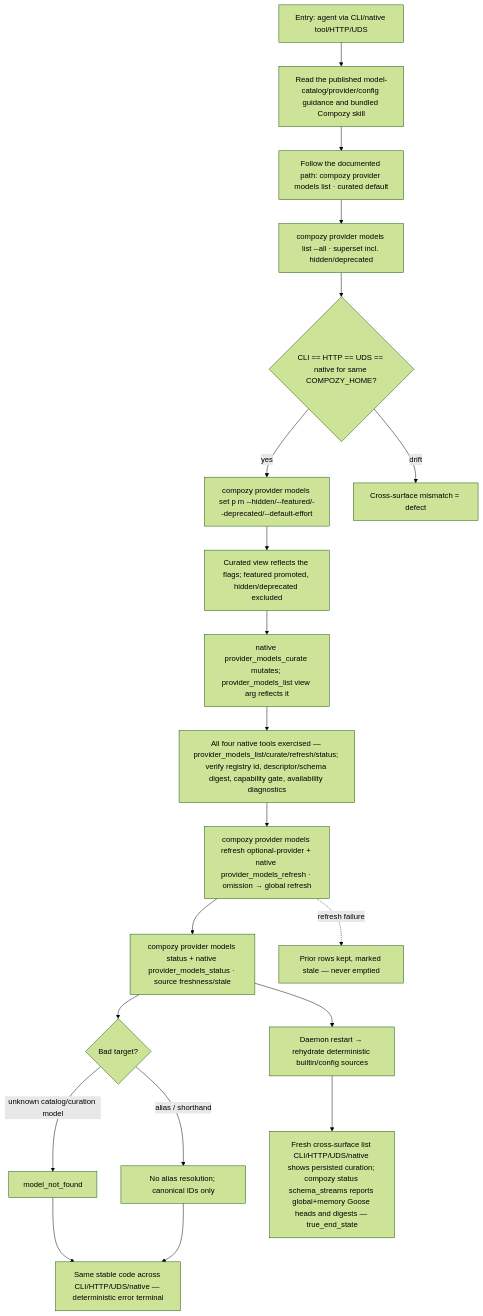
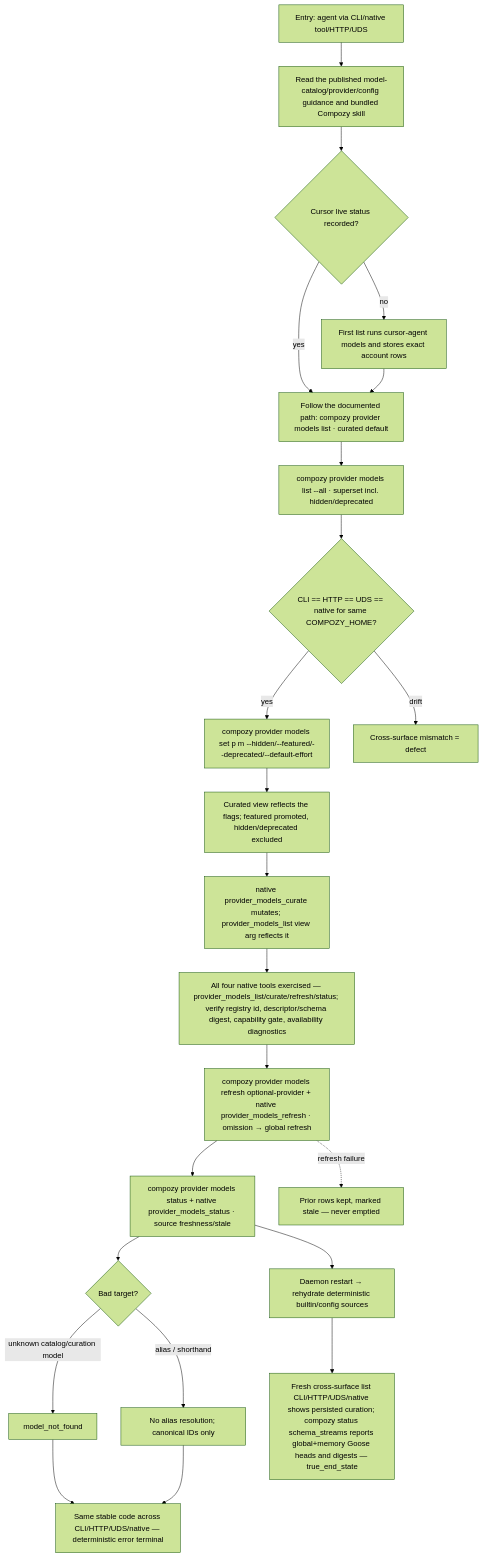
One commit to compozy/compozy changed the diagram in docs/qa/journeys/J-20-catalog-curation-agent-surfaces.md. Above: the diagram before and after it, drawn with Mermaid (forest theme). The commit also changed other lines of this file and 58 other files, not shown here.

Commit message:
fix: discover Cursor model catalog before sessions

````diff
--- a/docs/qa/journeys/J-20-catalog-curation-agent-surfaces.md
+++ b/docs/qa/journeys/J-20-catalog-curation-agent-surfaces.md
@@ -5,22 +5,25 @@
 ```mermaid
 flowchart TD
     E1[Entry: agent via CLI/native tool/HTTP/UDS] --> GUIDE[Read the published model-catalog/provider/config guidance and bundled Compozy skill]
-    GUIDE --> LIST[Follow the documented path: compozy provider models list · curated default]
+    GUIDE --> CURSOR{Cursor live status recorded?}
+    CURSOR -->|no| DISCOVER[First list runs cursor-agent models and stores exact account rows]
+    CURSOR -->|yes| LIST[Read stored catalog rows]
+    DISCOVER --> LIST[Follow the documented path: compozy provider models list · curated default]
     LIST --> ALL[compozy provider models list --all · superset incl. hidden/deprecated]
     ALL --> COMPARE{CLI == HTTP == UDS == native for same COMPOZY_HOME?}
     COMPARE -->|yes| SET[compozy provider models set p m --hidden/--featured/--deprecated/--default-effort]
     COMPARE -->|drift| BUG[Cross-surface mismatch = defect]
     SET --> REFLECT[Curated view reflects the flags; featured promoted, hidden/deprecated excluded]
     REFLECT --> CURATE[native provider_models_curate mutates; provider_models_list view arg reflects it]
     CURATE --> NATIVE[All four native tools exercised — provider_models_list/curate/refresh/status; verify registry id, descriptor/schema digest, capability gate, availability diagnostics]
     NATIVE --> REFRESH[compozy provider models refresh optional-provider + native provider_models_refresh · omission → global refresh]
     REFRESH --> STATUS[compozy provider models status + native provider_models_status · source freshness/stale]
     STATUS --> ERR{Bad target?}
     ERR -->|unknown catalog/curation model| NF[model_not_found]
     ERR -->|alias / shorthand| NORES[No alias resolution; canonical IDs only]
     NF --> STABLE[Same stable code across CLI/HTTP/UDS/native — deterministic error terminal]
     NORES --> STABLE
     STATUS --> RESTART[Daemon restart → rehydrate deterministic builtin/config sources]
     RESTART --> READBACK[Fresh cross-surface list CLI/HTTP/UDS/native shows persisted curation; compozy status schema_streams reports global+memory Goose heads and digests — true_end_state]
     REFRESH -.->|refresh failure| STALE[Prior rows kept, marked stale — never emptied]
 ```
````
